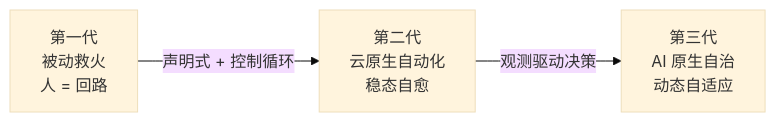
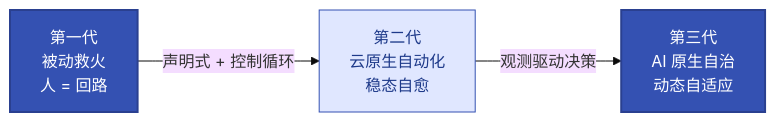
One commit to jackiesre721/ai-native-ops changed the diagram in docs/01-cloudnative-ai-evolution.md. Above: the diagram before and after it, drawn with Mermaid (base theme). The commit also changed 9 other files, not shown here.

First line of the commit message:
viz: 全部 12 张 mermaid 图上语义色

````diff
--- a/docs/01-cloudnative-ai-evolution.md
+++ b/docs/01-cloudnative-ai-evolution.md
@@ -12,5 +12,10 @@
 ```mermaid
 flowchart LR
     G1["第一代<br/>被动救火<br/>人 = 回路"] -->|声明式 + 控制循环| G2["第二代<br/>云原生自动化<br/>稳态自愈"]
     G2 -->|观测驱动决策| G3["第三代<br/>AI 原生自治<br/>动态自适应"]
+    classDef start fill:#3451b2,color:#fff,stroke:#2a4090,stroke-width:2px
+    classDef proc fill:#e0e7ff,stroke:#3451b2,color:#1e3a8a
+    class G1 start
+    class G2 proc
+    class G3 start
 ```
````
